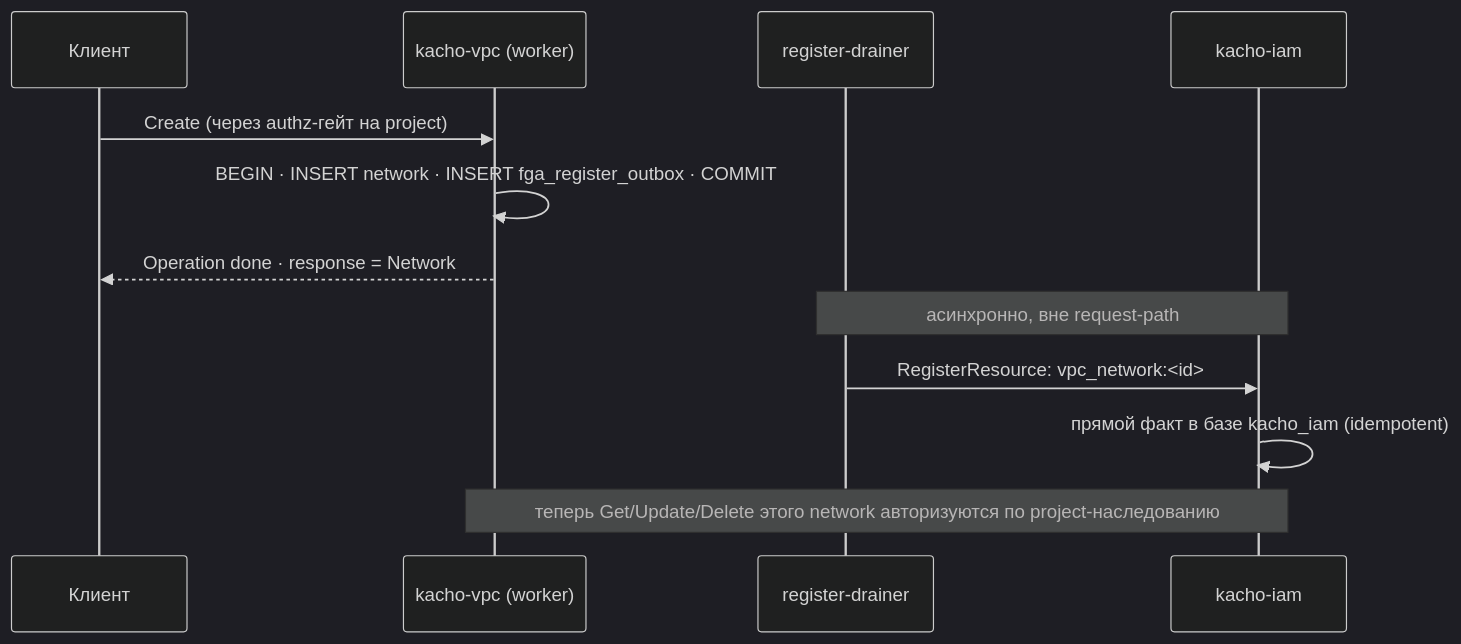
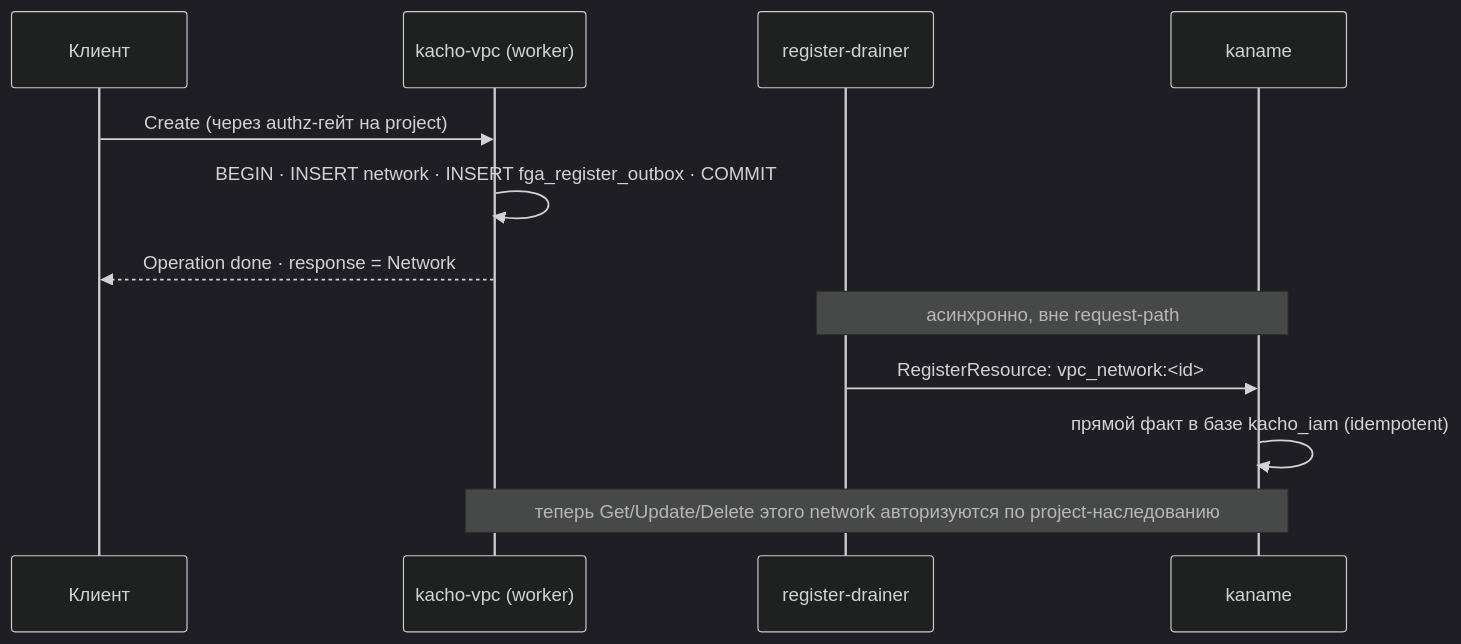
Before and after one commit to PRO-Robotech/kacho: the second of 3 diagrams in services/vpc/docs/content/architecture/authz.mdx, drawn with Mermaid (dark theme). The commit also changed other lines of this file and 1011 other files, not shown here.

````diff
--- a/services/vpc/docs/content/architecture/authz.mdx
+++ b/services/vpc/docs/content/architecture/authz.mdx
@@ -166,14 +166,14 @@
 ```mermaid
 sequenceDiagram
   participant C as Клиент
   participant V as kacho-vpc (worker)
   participant D as register-drainer
-  participant I as kacho-iam
+  participant I as kaname
   C->>V: Create (через authz-гейт на project)
   V->>V: BEGIN · INSERT network · INSERT fga_register_outbox · COMMIT
   V-->>C: Operation done · response = Network
   Note over D,I: асинхронно, вне request-path
   D->>I: RegisterResource: vpc_network:<id>#project@project:<pid>
   I->>I: прямой факт в базе kacho_iam (idempotent)
   Note over V,I: теперь Get/Update/Delete этого network авторизуются по project-наследованию
 ```
````
